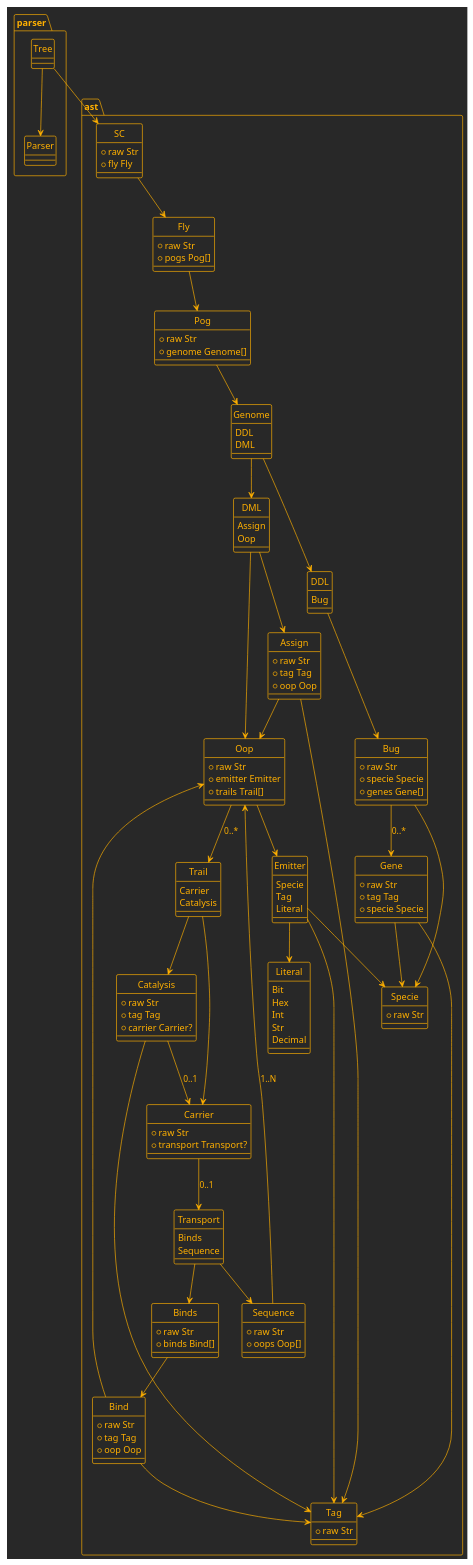
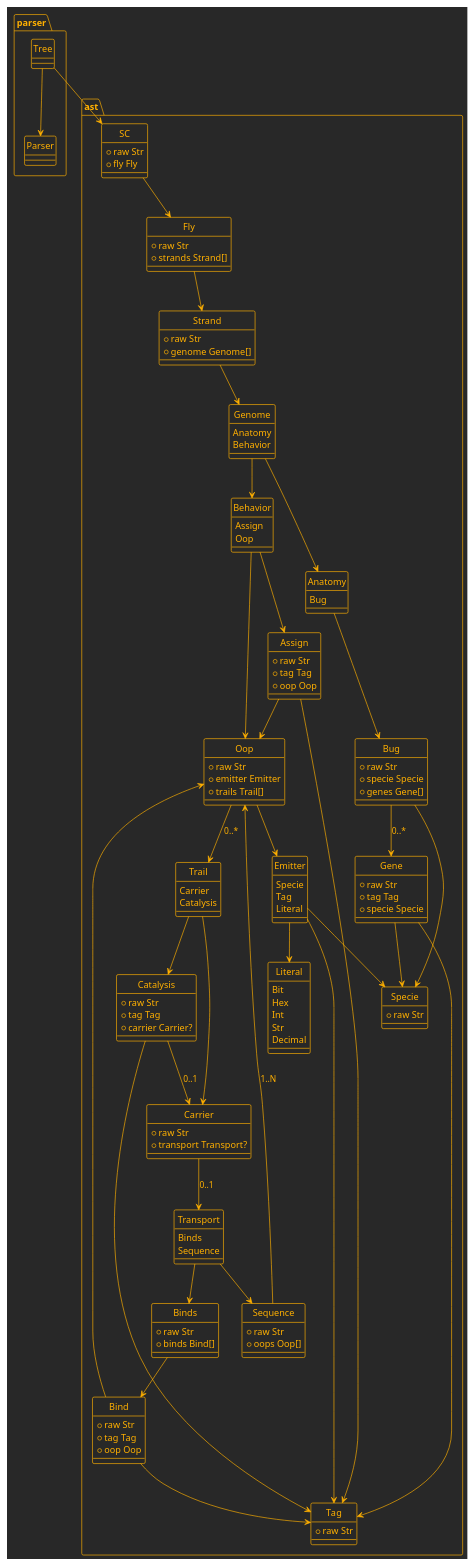
One commit to sc-land/dsl changed the diagram in doc/ast.puml. Above: the diagram before and after it, drawn with PlantUML. The commit also changed 16 other files, not shown here.

Commit message:
refactor: rename pog to strand, ddl to anatomy, and dml to behavior

```diff
--- a/doc/ast.puml
+++ b/doc/ast.puml
@@ -1,175 +1,175 @@
 @startuml
 !theme crt-amber
 hide circle
 
 package ast {
     class SC {
         +raw Str
         +fly Fly
     }
 
     class Fly {
         +raw Str
-        +pogs Pog[]
+        +strands Strand[]
     }
 
-    class Pog {
+    class Strand {
         +raw Str
         +genome Genome[]
     }
 
     enum Genome {
-        DDL
-        DML
+        Anatomy
+        Behavior
     }
 
-    enum DML {
+    enum Behavior {
         Assign
         Oop
     }
 
     class Assign {
         +raw Str
         +tag Tag
         +oop Oop
     }
 
     class Oop {
         +raw Str
         +emitter Emitter
         +trails Trail[]
     }
 
     enum Trail {
         Carrier
         Catalysis
     }
 
     class Catalysis {
         +raw Str
         +tag Tag
         +carrier Carrier?
     }
 
     class Carrier {
         +raw Str
         +transport Transport?
     }
 
     enum Transport {
         Binds
         Sequence
     }
 
     class Binds {
         +raw Str
         +binds Bind[]
     }
 
     class Bind {
         +raw Str
         +tag Tag
         +oop Oop
     }
 
     class Sequence {
         +raw Str
         +oops Oop[]
     }
 
-    enum DDL {
+    enum Anatomy {
         Bug
     }
 
     class Bug {
         +raw Str
         +specie Specie
         +genes Gene[]
     }
 
     class Gene {
         +raw Str
         +tag Tag
         +specie Specie
     }
 
     enum Emitter {
         Specie
         Tag
         Literal
     }
 
     enum Literal {
         Bit
         Hex
         Int
         Str
         Decimal
     }
 
     class Specie {
         +raw Str
     }
 
     class Tag {
         +raw Str
     }
 }
 
 package parser {
     class Parser
     class Tree
 }
 
 parser.Tree --> ast.SC
 parser.Tree --> parser.Parser
 
 ast.SC --> ast.Fly
 
-ast.Fly --> ast.Pog
+ast.Fly --> ast.Strand
 
-ast.Pog --> ast.Genome
+ast.Strand --> ast.Genome
 
-ast.Genome --> ast.DDL
-ast.Genome --> ast.DML
+ast.Genome --> ast.Anatomy
+ast.Genome --> ast.Behavior
 
-ast.DML --> ast.Assign
-ast.DML --> ast.Oop
+ast.Behavior --> ast.Assign
+ast.Behavior --> ast.Oop
 
-ast.DDL --> ast.Bug
+ast.Anatomy --> ast.Bug
 
 ast.Assign --> ast.Oop
 ast.Assign --> ast.Tag
 
 ast.Emitter --> ast.Literal
 ast.Emitter --> ast.Tag
 ast.Emitter --> ast.Specie
 
 ast.Bug --> ast.Specie
 ast.Bug --> ast.Gene : 0..*
 
 ast.Gene --> ast.Tag
 ast.Gene --> ast.Specie
 
 ast.Oop --> ast.Emitter
 ast.Oop --> ast.Trail : 0..*
 
 ast.Trail --> ast.Carrier
 ast.Trail --> ast.Catalysis
 
 ast.Carrier --> ast.Transport : 0..1
 
 ast.Transport --> ast.Binds
 ast.Transport --> ast.Sequence
 
 ast.Binds --> ast.Bind
 
 ast.Bind --> ast.Tag
 ast.Bind --> ast.Oop
 
 ast.Sequence --> ast.Oop : 1..N
 
 ast.Catalysis --> ast.Tag
 ast.Catalysis --> ast.Carrier : 0..1
 
 @enduml
```
